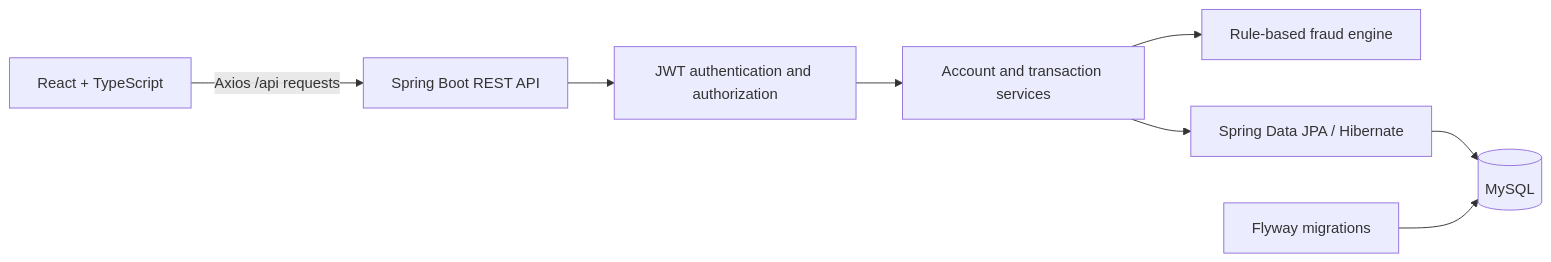
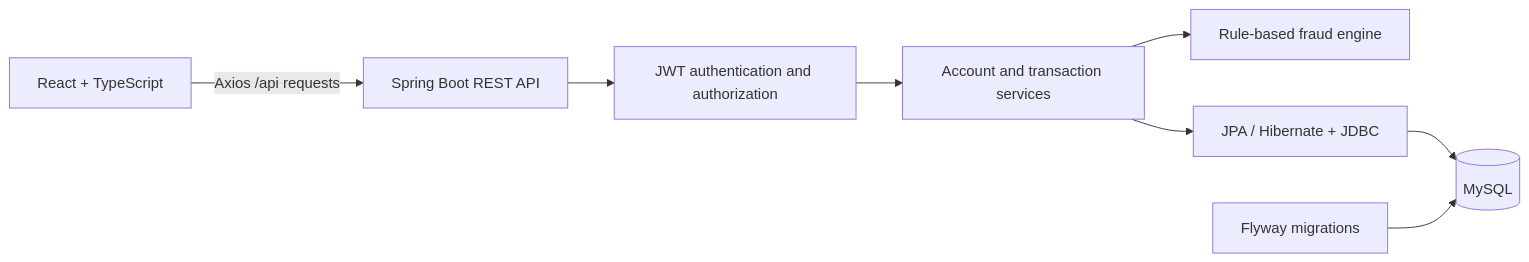
The diagram in README.md (gsathvik228/LedgerGuard), drawn with Mermaid before and after one commit. The commit also changed other lines of this file and 45 other files, not shown here.

````diff
--- a/README.md
+++ b/README.md
@@ -24,10 +29,10 @@
 ```mermaid
 flowchart LR
     UI["React + TypeScript"] -->|"Axios /api requests"| API["Spring Boot REST API"]
     API --> AUTH["JWT authentication and authorization"]
     AUTH --> SERVICES["Account and transaction services"]
     SERVICES --> FRAUD["Rule-based fraud engine"]
-    SERVICES --> DATA["Spring Data JPA / Hibernate"]
+    SERVICES --> DATA["JPA / Hibernate + JDBC"]
     DATA --> DB[("MySQL")]
     FLYWAY["Flyway migrations"] --> DB
 ```
````
